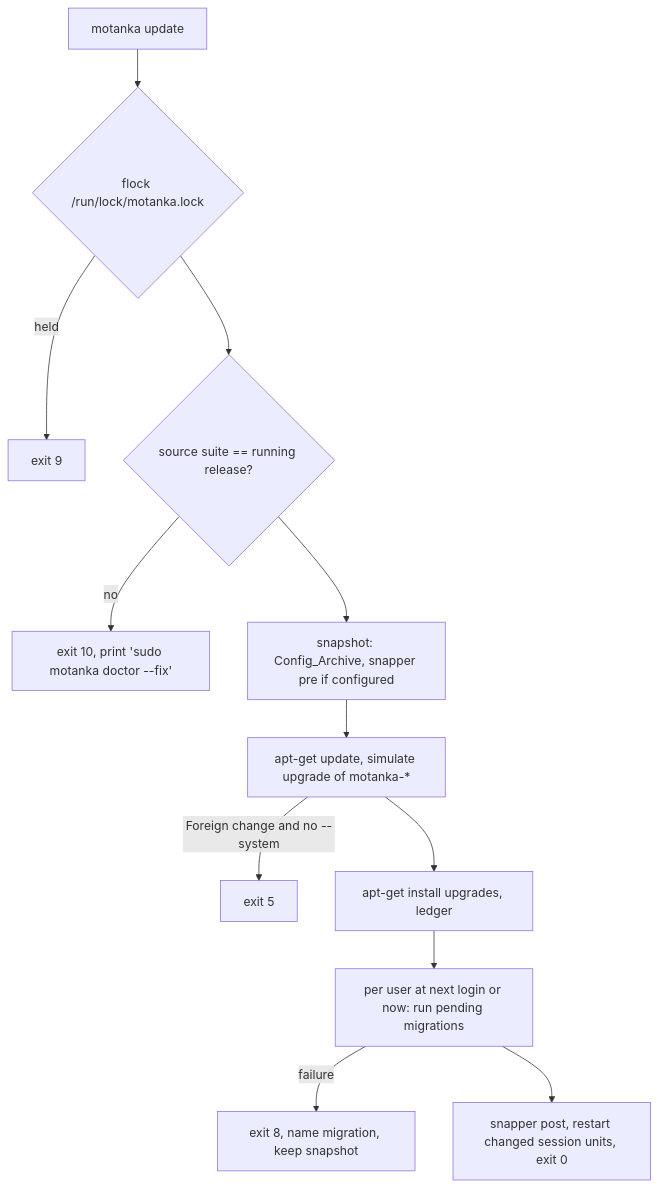
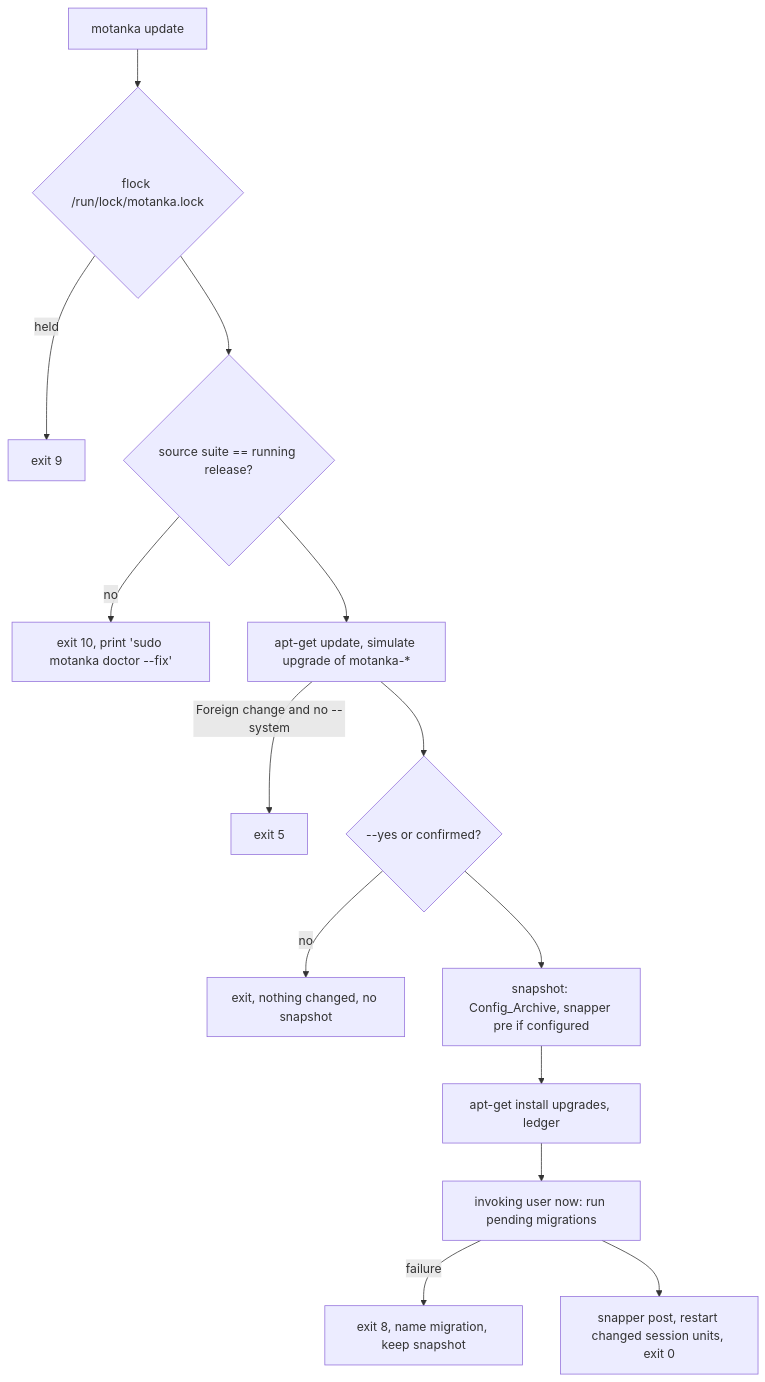
Before and after one commit to digitwolf/motanka: the sixth of 7 diagrams in .kiro/specs/motanka-layer/design.md, drawn with Mermaid. The commit also changed other lines of this file, not shown here.

First line of the commit message:
docs(spec): record update, snapshot, rollback and doctor --fix decisions

````diff
--- a/.kiro/specs/motanka-layer/design.md
+++ b/.kiro/specs/motanka-layer/design.md
@@ -160,14 +160,16 @@
 ```mermaid
 flowchart TD
   A[motanka update] --> B{flock /run/lock/motanka.lock}
   B -->|held| X1[exit 9]
   B --> C{source suite == running release?}
   C -->|no| X2[exit 10, print 'sudo motanka doctor --fix']
-  C --> D[snapshot: Config_Archive, snapper pre if configured]
-  D --> E[apt-get update, simulate upgrade of motanka-*]
+  C --> E[apt-get update, simulate upgrade of motanka-*]
   E -->|Foreign change and no --system| X3[exit 5]
-  E --> F[apt-get install upgrades, ledger]
-  F --> G[per user at next login or now: run pending migrations]
+  E --> Y{--yes or confirmed?}
+  Y -->|no| X5[exit, nothing changed, no snapshot]
+  Y --> D[snapshot: Config_Archive, snapper pre if configured]
+  D --> F[apt-get install upgrades, ledger]
+  F --> G[invoking user now: run pending migrations]
   G -->|failure| X4[exit 8, name migration, keep snapshot]
   G --> I[snapper post, restart changed session units, exit 0]
 ```
````
